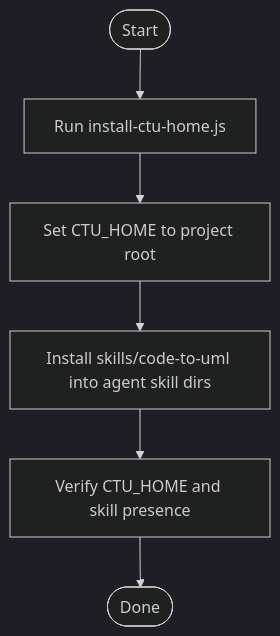
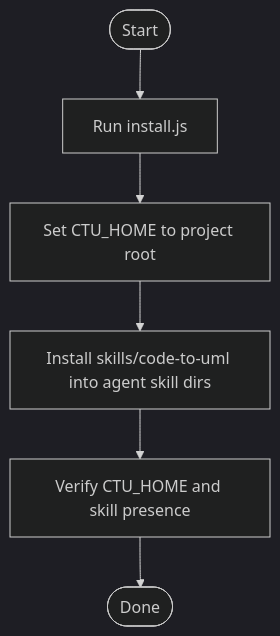
Before and after one commit to pingwurth/code-to-uml: the third of 5 diagrams in .qoder/repowiki/en/content/AI Agent Integration/Agent Setup Guides/Agent Setup Guides.md, drawn with Mermaid (dark theme). The commit also changed other lines of this file and 26 other files, not shown here.

Commit message:
rename install-ctu-home.js install.js

````diff
--- a/.qoder/repowiki/en/content/AI Agent Integration/Agent Setup Guides/Agent Setup Guides.md
+++ b/.qoder/repowiki/en/content/AI Agent Integration/Agent Setup Guides/Agent Setup Guides.md
@@ -134,8 +134,8 @@
 ```mermaid
 flowchart TD
-Start(["Start"]) --> RunInstaller["Run install-ctu-home.js"]
+Start(["Start"]) --> RunInstaller["Run install.js"]
 RunInstaller --> SetEnv["Set CTU_HOME to project root"]
 SetEnv --> InstallSkill["Install skills/code-to-uml into agent skill dirs"]
 InstallSkill --> Verify["Verify CTU_HOME and skill presence"]
 Verify --> End(["Done"])
 ```
````
